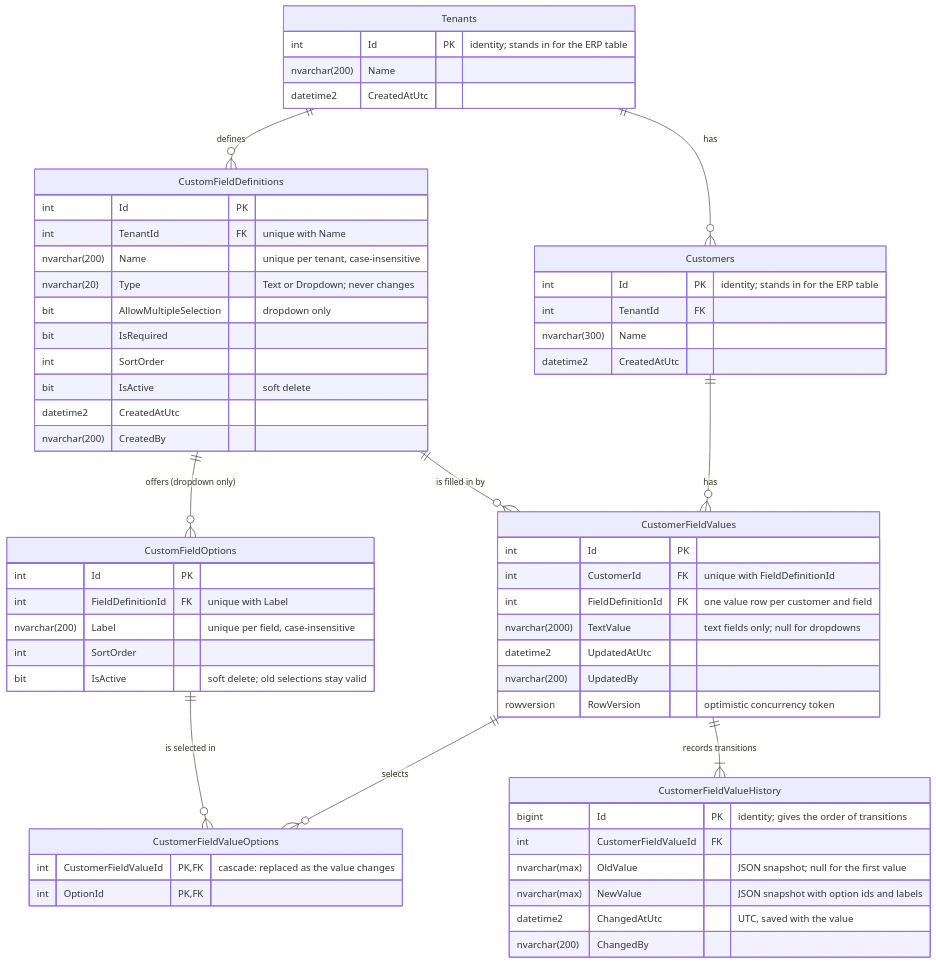
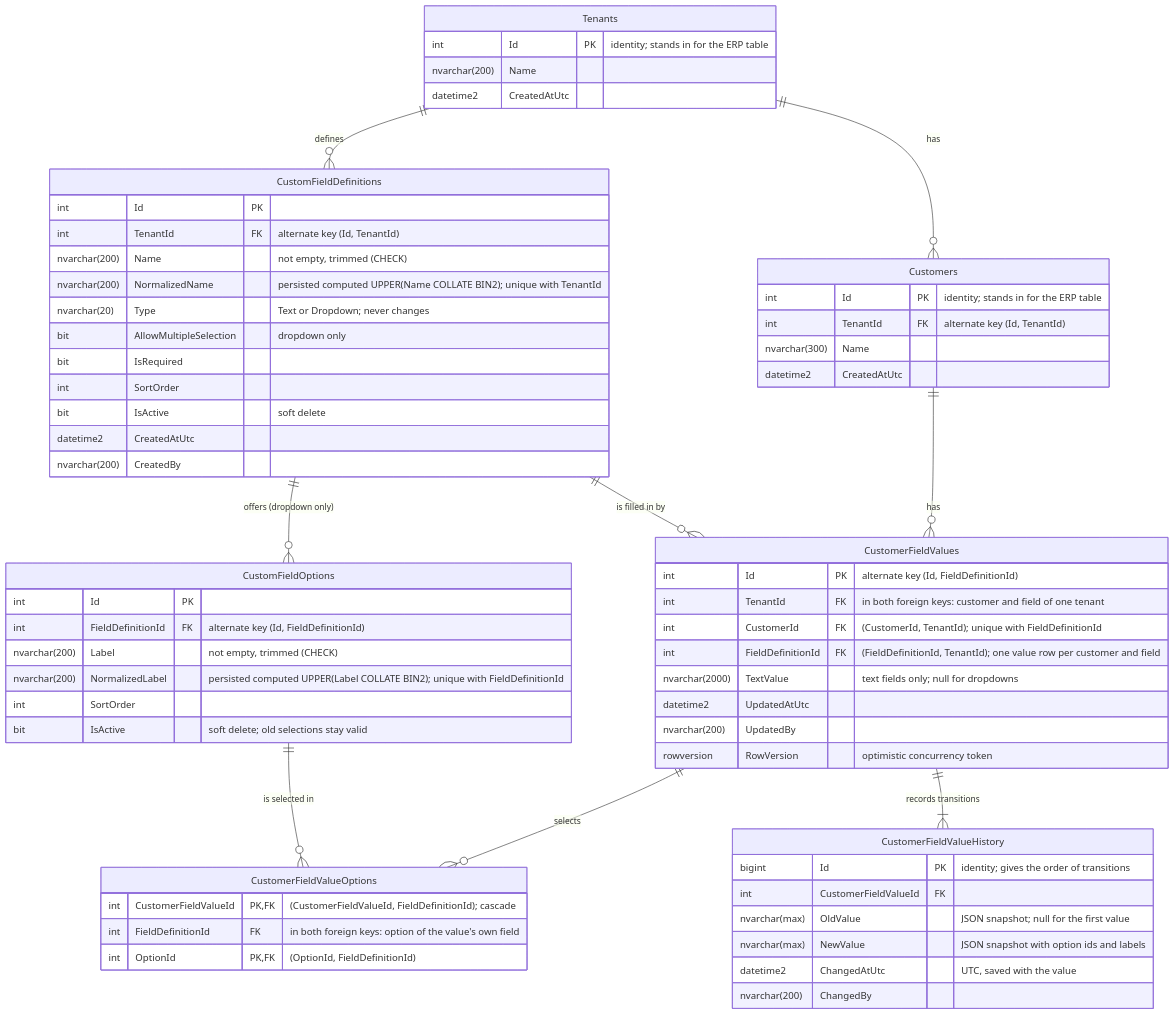
One commit to KSoul777/SubscriptionCommerce changed the diagram in diagrams/dynamic-fields-er.mmd. Above: the diagram before and after it, drawn with Mermaid. The commit also changed 3 other files, not shown here.

Commit message:
Update README and diagrams for the review changes

```diff
--- a/diagrams/dynamic-fields-er.mmd
+++ b/diagrams/dynamic-fields-er.mmd
@@ -1,61 +1,65 @@
 erDiagram
     Tenants ||--o{ Customers : "has"
     Tenants ||--o{ CustomFieldDefinitions : "defines"
     CustomFieldDefinitions ||--o{ CustomFieldOptions : "offers (dropdown only)"
     Customers ||--o{ CustomerFieldValues : "has"
     CustomFieldDefinitions ||--o{ CustomerFieldValues : "is filled in by"
     CustomerFieldValues ||--o{ CustomerFieldValueOptions : "selects"
     CustomFieldOptions ||--o{ CustomerFieldValueOptions : "is selected in"
     CustomerFieldValues ||--|{ CustomerFieldValueHistory : "records transitions"
 
     Tenants {
         int Id PK "identity; stands in for the ERP table"
         nvarchar(200) Name
         datetime2 CreatedAtUtc
     }
     Customers {
         int Id PK "identity; stands in for the ERP table"
-        int TenantId FK
+        int TenantId FK "alternate key (Id, TenantId)"
         nvarchar(300) Name
         datetime2 CreatedAtUtc
     }
     CustomFieldDefinitions {
         int Id PK
-        int TenantId FK "unique with Name"
-        nvarchar(200) Name "unique per tenant, case-insensitive"
+        int TenantId FK "alternate key (Id, TenantId)"
+        nvarchar(200) Name "not empty, trimmed (CHECK)"
+        nvarchar(200) NormalizedName "persisted computed UPPER(Name COLLATE BIN2); unique with TenantId"
         nvarchar(20) Type "Text or Dropdown; never changes"
         bit AllowMultipleSelection "dropdown only"
         bit IsRequired
         int SortOrder
         bit IsActive "soft delete"
         datetime2 CreatedAtUtc
         nvarchar(200) CreatedBy
     }
     CustomFieldOptions {
         int Id PK
-        int FieldDefinitionId FK "unique with Label"
-        nvarchar(200) Label "unique per field, case-insensitive"
+        int FieldDefinitionId FK "alternate key (Id, FieldDefinitionId)"
+        nvarchar(200) Label "not empty, trimmed (CHECK)"
+        nvarchar(200) NormalizedLabel "persisted computed UPPER(Label COLLATE BIN2); unique with FieldDefinitionId"
         int SortOrder
         bit IsActive "soft delete; old selections stay valid"
     }
     CustomerFieldValues {
-        int Id PK
-        int CustomerId FK "unique with FieldDefinitionId"
-        int FieldDefinitionId FK "one value row per customer and field"
+        int Id PK "alternate key (Id, FieldDefinitionId)"
+        int TenantId FK "in both foreign keys: customer and field of one tenant"
+        int CustomerId FK "(CustomerId, TenantId); unique with FieldDefinitionId"
+        int FieldDefinitionId FK "(FieldDefinitionId, TenantId); one value row per customer and field"
         nvarchar(2000) TextValue "text fields only; null for dropdowns"
         datetime2 UpdatedAtUtc
         nvarchar(200) UpdatedBy
         rowversion RowVersion "optimistic concurrency token"
     }
     CustomerFieldValueOptions {
-        int CustomerFieldValueId PK, FK "cascade: replaced as the value changes"
-        int OptionId PK, FK
+        int CustomerFieldValueId PK, FK "(CustomerFieldValueId, FieldDefinitionId); cascade"
+        int FieldDefinitionId FK "in both foreign keys: option of the value's own field"
+        int OptionId PK, FK "(OptionId, FieldDefinitionId)"
     }
     CustomerFieldValueHistory {
         bigint Id PK "identity; gives the order of transitions"
         int CustomerFieldValueId FK
         nvarchar(max) OldValue "JSON snapshot; null for the first value"
         nvarchar(max) NewValue "JSON snapshot with option ids and labels"
         datetime2 ChangedAtUtc "UTC, saved with the value"
         nvarchar(200) ChangedBy
     }
```
